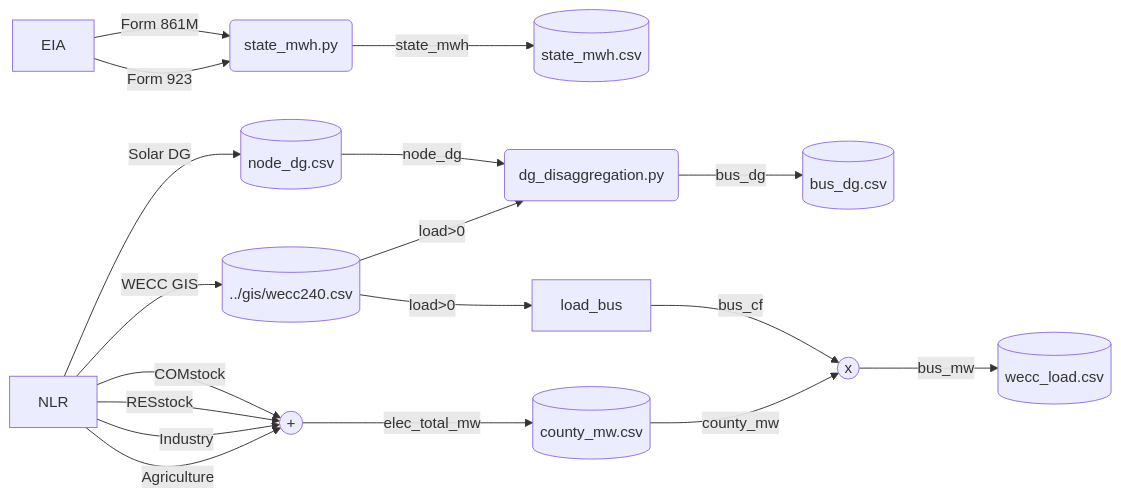
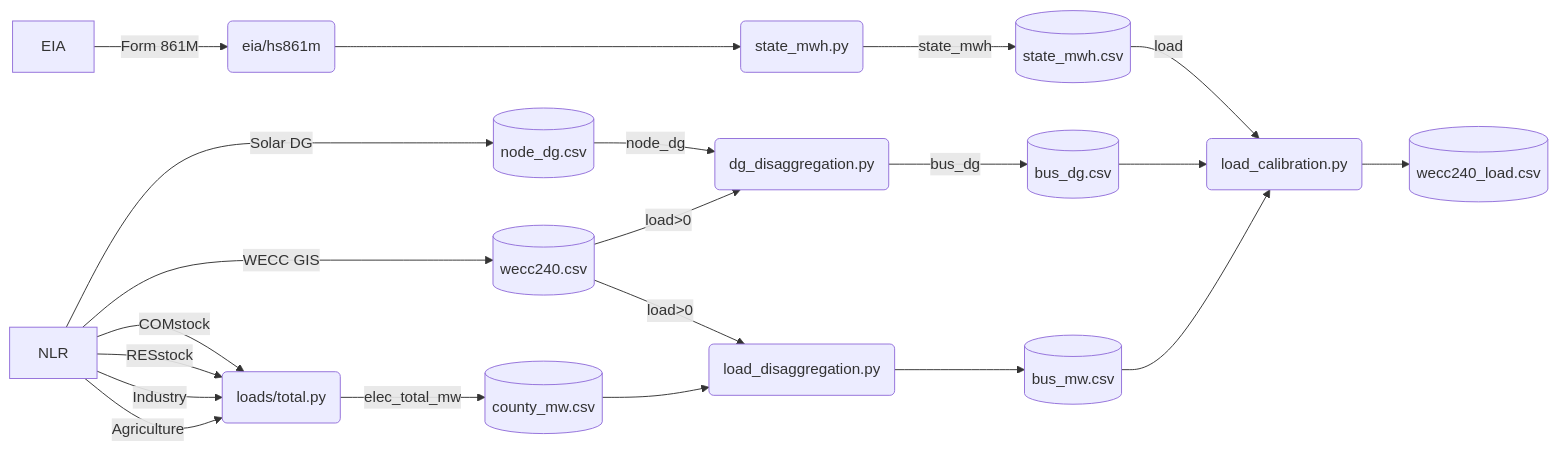
One commit to eudoxys/wecc240 changed the diagram in wecc240/data/README.md. Above: the diagram before and after it, drawn with Mermaid. The commit also changed 8 other files, not shown here.

````diff
--- a/wecc240/data/README.md
+++ b/wecc240/data/README.md
@@ -2,20 +2,24 @@
 ```mermaid
 flowchart LR
 
-    EIA --Form 861M--> state_mwh(state_mwh.py)
-    EIA --Form 923--> state_mwh
-    state_mwh(state_mwh.py) --state_mwh--> energy[(state_mwh.csv)]
+    EIA --Form 861M-->  eia/hs862m.py(eia/hs861m) ---> state_mwh
+    state_mwh(state_mwh.py) --state_mwh--> energy[(state_mwh.csv)] --load--> load_calibration
 
-    NLR --Solar DG--> node_dg[(node_dg.csv)] --node_dg--> dg_disaggregation
-    NLR --WECC GIS--> wecc240[(../gis/wecc240.csv)] --load>0--> dg_disaggregation
+    NLR --Solar DG---> node_dg[(node_dg.csv)] --node_dg--> dg_disaggregation
+    NLR --WECC GIS---> wecc240[(wecc240.csv)] --load>0--> dg_disaggregation
     dg_disaggregation(dg_disaggregation.py) --bus_dg--> bus_dg[(bus_dg.csv)]
 
-    NLR --COMstock--> sum1
-    NLR --RESstock--> sum1
-    NLR --Industry--> sum1
-    NLR --Agriculture--> sum1
-    sum1((+)) --elec_total_mw--> county_mw[(county_mw.csv)] --county_mw--> mul1
+    NLR --COMstock--> loads
+    NLR --RESstock--> loads
+    NLR --Industry--> loads
+    NLR --Agriculture--> loads
+    loads(loads/total.py) --elec_total_mw--> county_mw[(county_mw.csv)] --> load_disaggregation
+    
+    wecc240 --load>0--> load_disaggregation --> bus_mw[(bus_mw.csv)]
+    load_disaggregation(load_disaggregation.py)
 
-    wecc240 --load>0--> load_bus --bus_cf--> mul1
-    mul1((x)) --bus_mw--> wecc_load[(wecc_load.csv)]
+    bus_dg --> load_calibration
+    bus_mw --> load_calibration
+    load_calibration(load_calibration.py) --> wecc240_load
+    wecc240_load[(wecc240_load.csv)]
 ```
````
